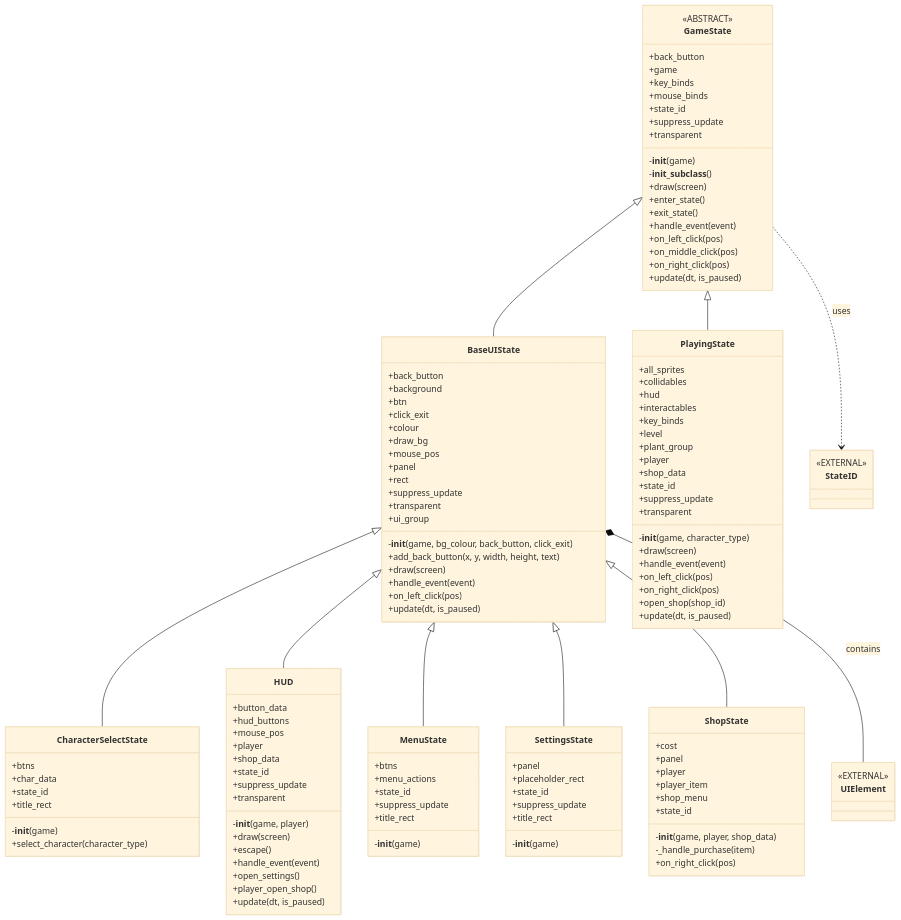
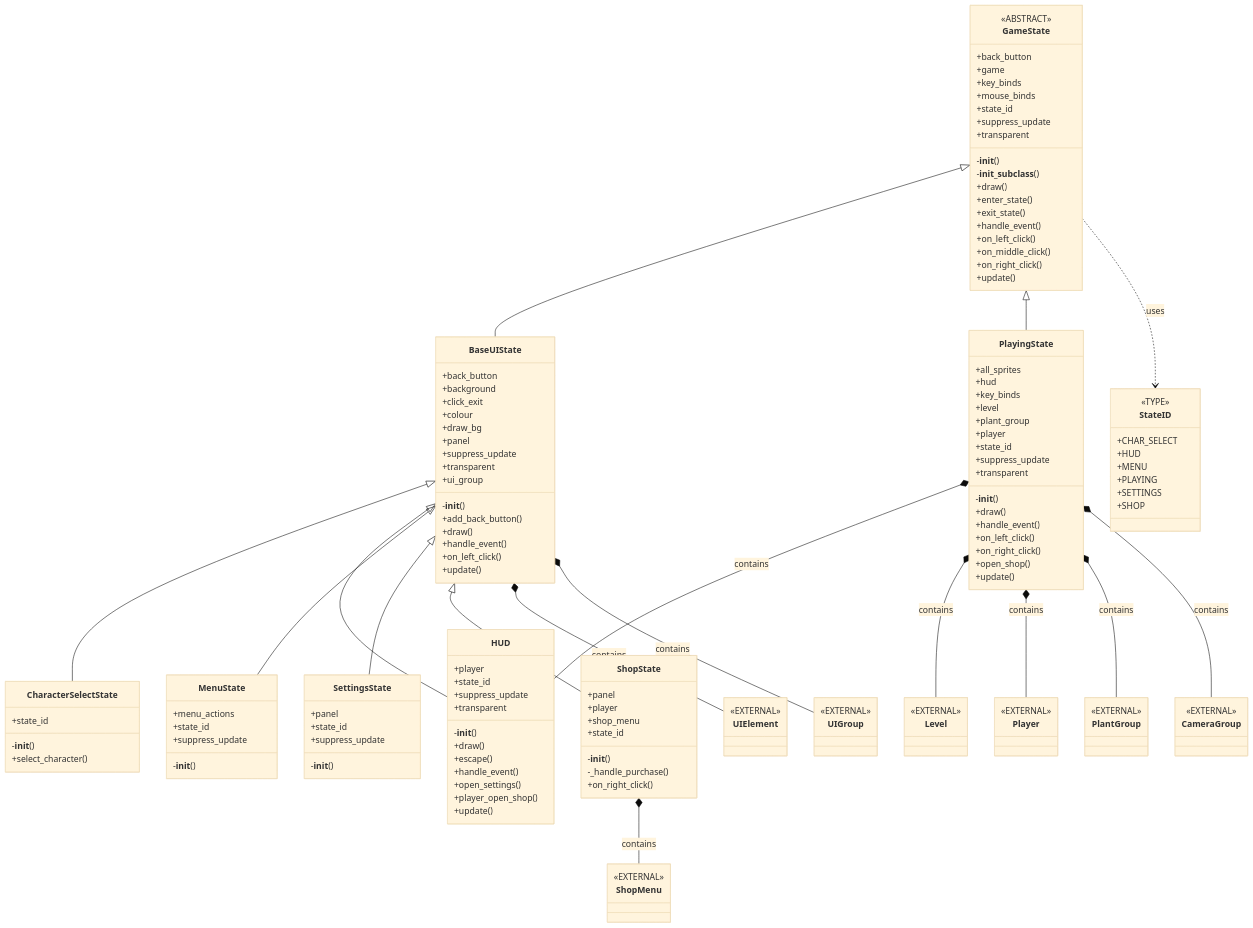
Before and after one commit to FlamboyantKiwi/Python-Plant-Sim: the diagram in uml/states_uml.md, drawn with Mermaid (base theme). The commit also changed 16 other files, not shown here.

First line of the commit message:
Add wiki UML generator and refresh UML docs

````diff
--- a/uml/states_uml.md
+++ b/uml/states_uml.md
@@ -7,41 +7,66 @@
     GameState <|-- PlayingState
     BaseUIState <|-- SettingsState
     BaseUIState <|-- ShopState
+    PlayingState *-- HUD : contains
     BaseUIState *-- UIElement : contains
+    PlayingState *-- Level : contains
+    PlayingState *-- Player : contains
+    ShopState *-- ShopMenu : contains
+    PlayingState *-- PlantGroup : contains
+    PlayingState *-- CameraGroup : contains
+    BaseUIState *-- UIGroup : contains
     GameState ..> StateID : uses
-    class StateID {
+    class CameraGroup {
         <<EXTERNAL>>
     }
+    class Level {
+        <<EXTERNAL>>
+    }
+    class PlantGroup {
+        <<EXTERNAL>>
+    }
+    class Player {
+        <<EXTERNAL>>
+    }
+    class ShopMenu {
+        <<EXTERNAL>>
+    }
+    class StateID {
+        <<TYPE>>
+        +CHAR_SELECT
+        +HUD
+        +MENU
+        +PLAYING
+        +SETTINGS
+        +SHOP
+    }
     class UIElement {
+        <<EXTERNAL>>
+    }
+    class UIGroup {
         <<EXTERNAL>>
     }
     class BaseUIState {
         +back_button
         +background
-        +btn
         +click_exit
         +colour
         +draw_bg
-        +mouse_pos
         +panel
-        +rect
         +suppress_update
         +transparent
         +ui_group
-        -__init__(game, bg_colour, back_button, click_exit)
-        +add_back_button(x, y, width, height, text)
-        +draw(screen)
-        +handle_event(event)
-        +on_left_click(pos)
-        +update(dt, is_paused)
+        -__init__()
+        +add_back_button()
+        +draw()
+        +handle_event()
+        +on_left_click()
+        +update()
     }
     class CharacterSelectState {
-        +btns
-        +char_data
         +state_id
-        +title_rect
-        -__init__(game)
-        +select_character(character_type)
+        -__init__()
+        +select_character()
     }
     class GameState {
         <<ABSTRACT>>
@@ -52,80 +77,67 @@
         +state_id
         +suppress_update
         +transparent
-        -__init__(game)
+        -__init__()
         -__init_subclass__()
-        +draw(screen)
+        +draw()
         +enter_state()
         +exit_state()
-        +handle_event(event)
-        +on_left_click(pos)
-        +on_middle_click(pos)
-        +on_right_click(pos)
-        +update(dt, is_paused)
+        +handle_event()
+        +on_left_click()
+        +on_middle_click()
+        +on_right_click()
+        +update()
     }
     class HUD {
-        +button_data
-        +hud_buttons
-        +mouse_pos
         +player
-        +shop_data
         +state_id
         +suppress_update
         +transparent
-        -__init__(game, player)
-        +draw(screen)
+        -__init__()
+        +draw()
         +escape()
-        +handle_event(event)
+        +handle_event()
         +open_settings()
         +player_open_shop()
-        +update(dt, is_paused)
+        +update()
     }
     class MenuState {
-        +btns
         +menu_actions
         +state_id
         +suppress_update
-        +title_rect
-        -__init__(game)
+        -__init__()
     }
     class PlayingState {
         +all_sprites
-        +collidables
         +hud
-        +interactables
         +key_binds
         +level
         +plant_group
         +player
-        +shop_data
         +state_id
         +suppress_update
         +transparent
-        -__init__(game, character_type)
-        +draw(screen)
-        +handle_event(event)
-        +on_left_click(pos)
-        +on_right_click(pos)
-        +open_shop(shop_id)
-        +update(dt, is_paused)
+        -__init__()
+        +draw()
+        +handle_event()
+        +on_left_click()
+        +on_right_click()
+        +open_shop()
+        +update()
     }
     class SettingsState {
         +panel
-        +placeholder_rect
         +state_id
         +suppress_update
-        +title_rect
-        -__init__(game)
+        -__init__()
     }
     class ShopState {
-        +cost
         +panel
         +player
-        +player_item
         +shop_menu
         +state_id
-        -__init__(game, player, shop_data)
-        -_handle_purchase(item)
-        +on_right_click(pos)
+        -__init__()
+        -_handle_purchase()
+        +on_right_click()
     }
 ```
````
